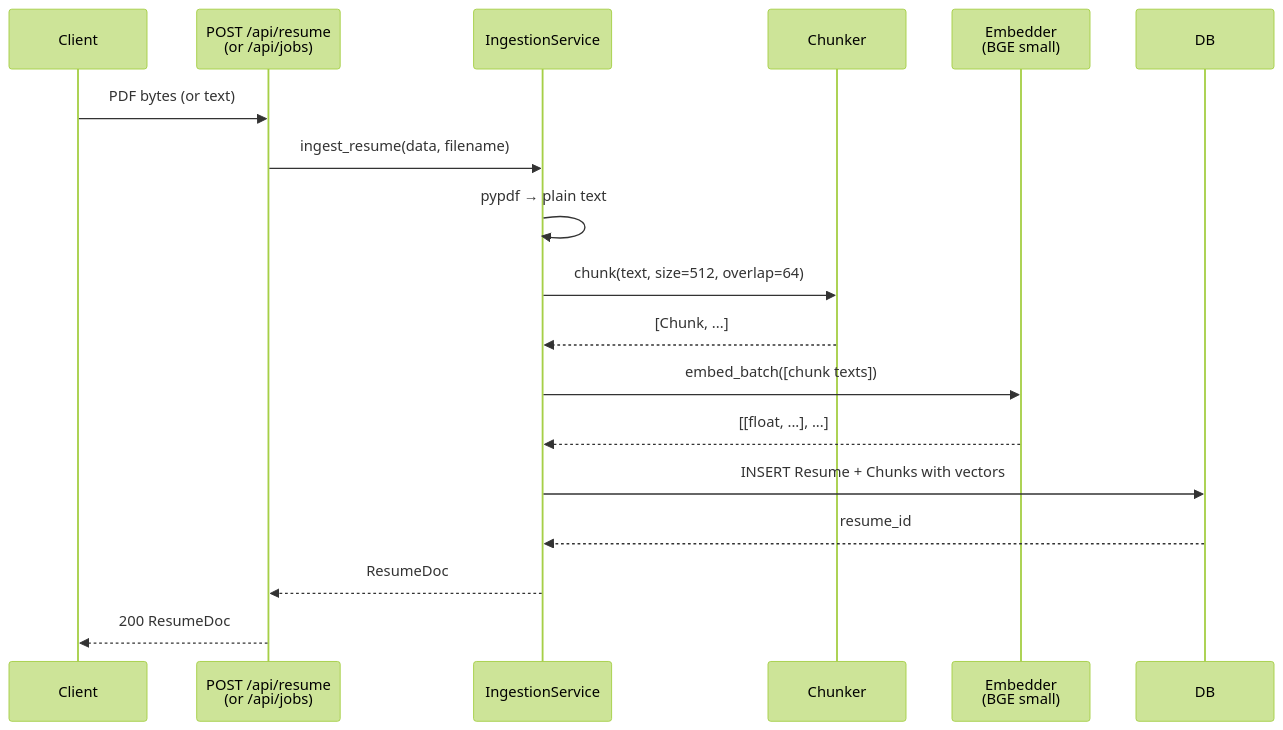
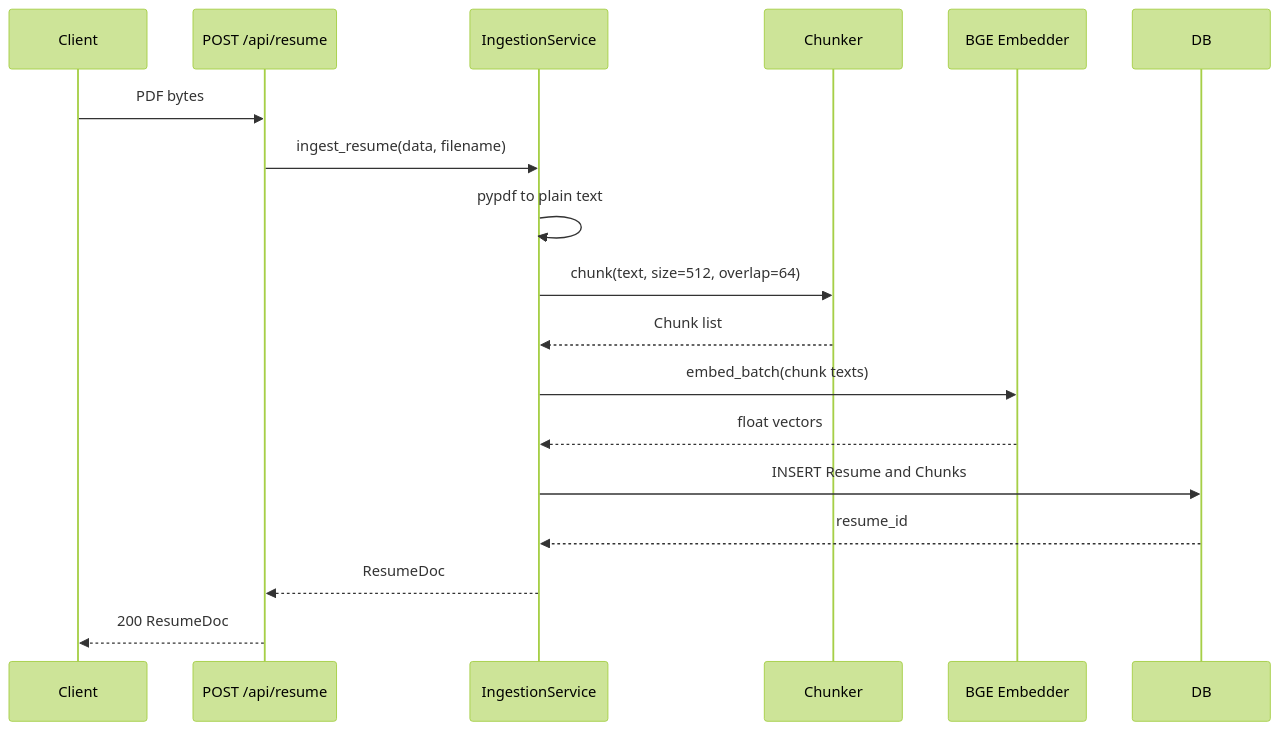
The second of 5 diagrams in README.md (Koi725/career-intelligence-assistant), drawn with Mermaid (forest theme) before and after one commit. The commit also changed other lines of this file, not shown here.

Commit message:
docs: add walkthrough, api examples and retrieval explanation

````diff
--- a/README.md
+++ b/README.md
@@ -41,21 +68,21 @@
 ```mermaid
 sequenceDiagram
     participant Client
-    participant API as POST /api/resume<br/>(or /api/jobs)
+    participant API as POST /api/resume
     participant Svc as IngestionService
     participant Chunker
-    participant Embedder as Embedder<br/>(BGE small)
+    participant Embedder as BGE Embedder
     participant DB
 
-    Client->>API: PDF bytes (or text)
+    Client->>API: PDF bytes
     API->>Svc: ingest_resume(data, filename)
-    Svc->>Svc: pypdf → plain text
+    Svc->>Svc: pypdf to plain text
     Svc->>Chunker: chunk(text, size=512, overlap=64)
-    Chunker-->>Svc: [Chunk, ...]
-    Svc->>Embedder: embed_batch([chunk texts])
-    Embedder-->>Svc: [[float, ...], ...]
-    Svc->>DB: INSERT Resume + Chunks with vectors
+    Chunker-->>Svc: Chunk list
+    Svc->>Embedder: embed_batch(chunk texts)
+    Embedder-->>Svc: float vectors
+    Svc->>DB: INSERT Resume and Chunks
     DB-->>Svc: resume_id
     Svc-->>API: ResumeDoc
     API-->>Client: 200 ResumeDoc
 ```
````
